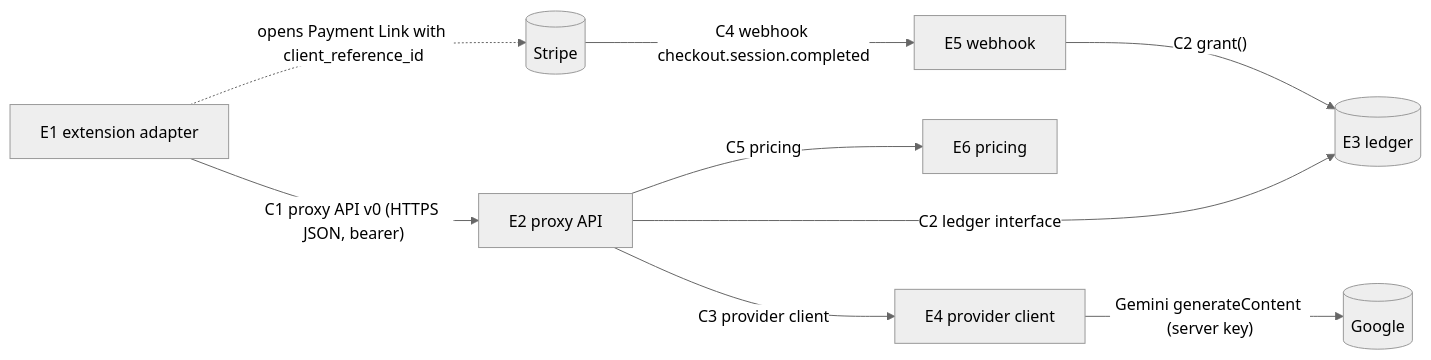
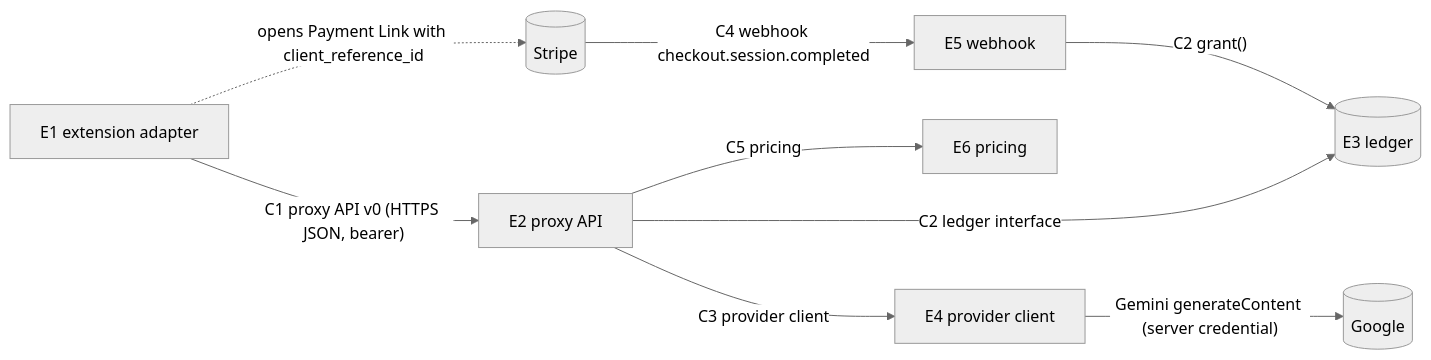
The diagram in docs/specs/managed-key.md (tedks/lang-weave), drawn with Mermaid (neutral theme) before and after one commit. The commit also changed other lines of this file and 1 other file, not shown here.

````diff
--- a/docs/specs/managed-key.md
+++ b/docs/specs/managed-key.md
@@ -66,11 +78,11 @@
 ```mermaid
 graph LR
   EXT[E1 extension adapter] -- "C1 proxy API v0 (HTTPS JSON, bearer)" --> API[E2 proxy API]
   API -- "C2 ledger interface" --> LED[(E3 ledger)]
   API -- "C3 provider client" --> PROV[E4 provider client]
-  PROV -- "Gemini generateContent (server key)" --> G[(Google)]
+  PROV -- "Gemini generateContent (server credential)" --> G[(Google)]
   API -- "C5 pricing" --> PR[E6 pricing]
   STR[(Stripe)] -- "C4 webhook checkout.session.completed" --> WH[E5 webhook]
   WH -- "C2 grant()" --> LED
   EXT -. "opens Payment Link with client_reference_id" .-> STR
 ```
````
